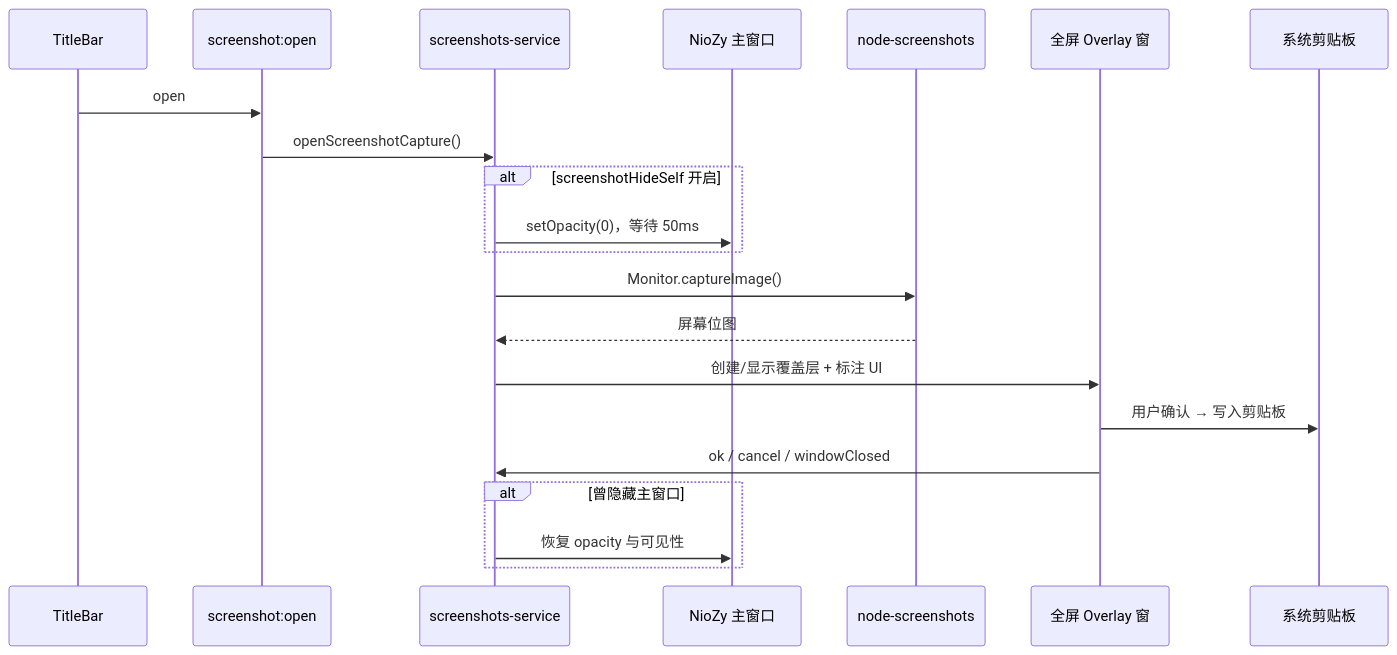
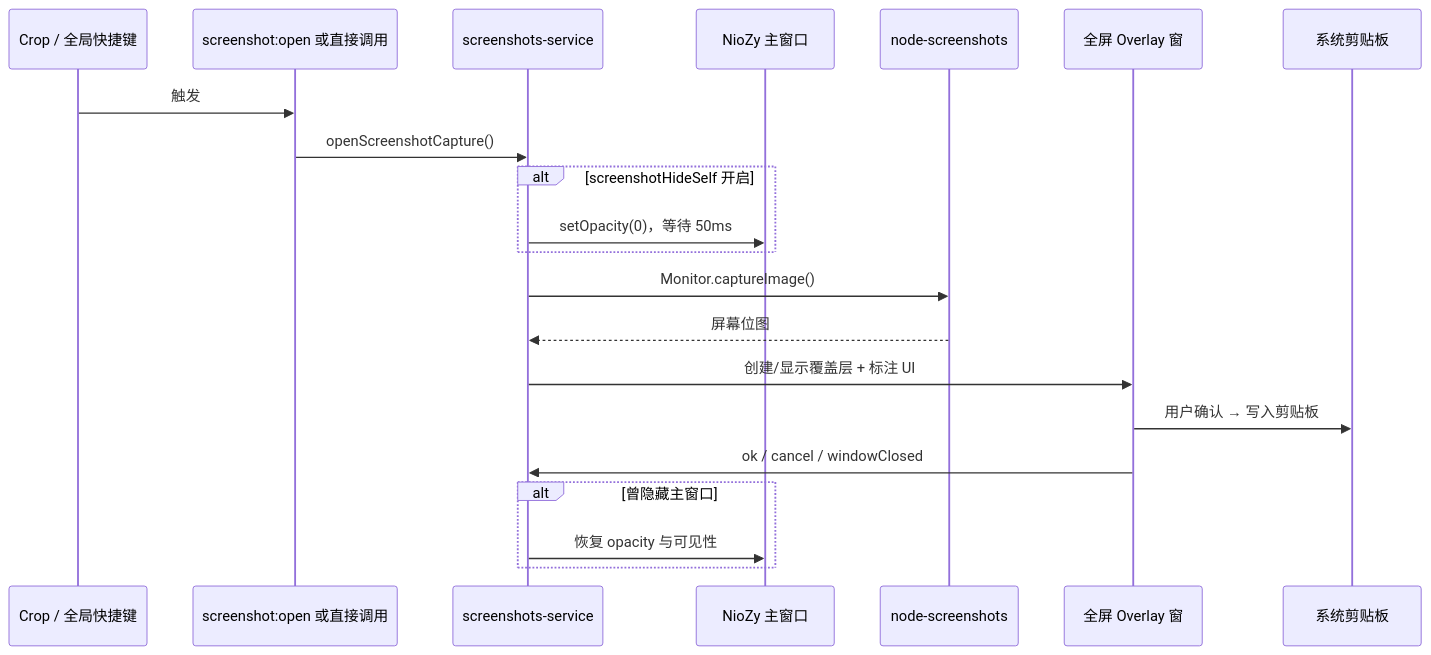
The first of 2 diagrams in docs/功能截图.md (Landers1037/NioZy), drawn with Mermaid before and after one commit. The commit also changed other lines of this file and 1 other file, not shown here.

First line of the commit message:
docs(shortcuts): expand global hotkey and screenshot documentation

````diff
--- a/docs/功能截图.md
+++ b/docs/功能截图.md
@@ -28,24 +48,24 @@
 ```mermaid
 sequenceDiagram
-  participant TB as TitleBar
-  participant IPC as screenshot:open
+  participant Entry as Crop / 全局快捷键
+  participant IPC as screenshot:open 或直接调用
   participant Svc as screenshots-service
   participant Main as NioZy 主窗口
   participant Cap as node-screenshots
   participant Overlay as 全屏 Overlay 窗
   participant Clip as 系统剪贴板
 
-  TB->>IPC: open
+  Entry->>IPC: 触发
   IPC->>Svc: openScreenshotCapture()
   alt screenshotHideSelf 开启
     Svc->>Main: setOpacity(0)，等待 50ms
   end
   Svc->>Cap: Monitor.captureImage()
   Cap-->>Svc: 屏幕位图
   Svc->>Overlay: 创建/显示覆盖层 + 标注 UI
   Overlay->>Clip: 用户确认 → 写入剪贴板
   Overlay->>Svc: ok / cancel / windowClosed
   alt 曾隐藏主窗口
     Svc->>Main: 恢复 opacity 与可见性
   end
 ```
````
